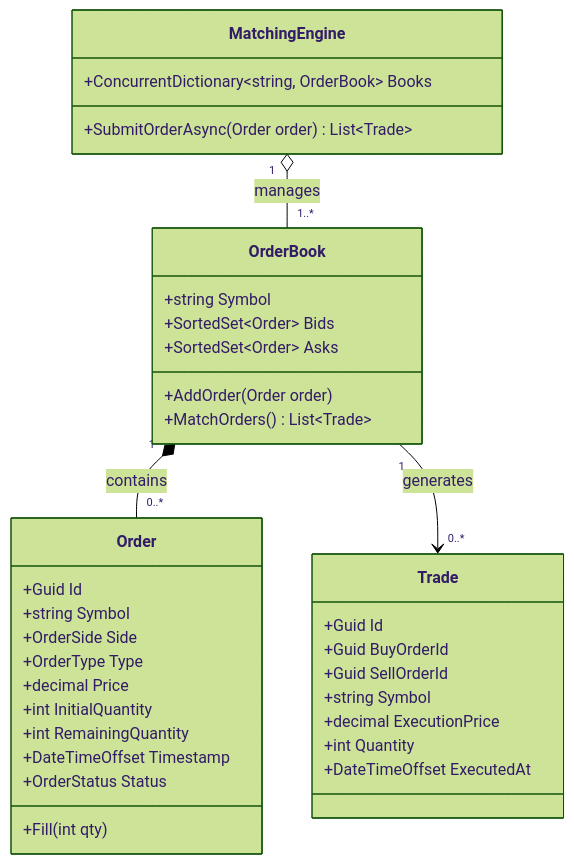
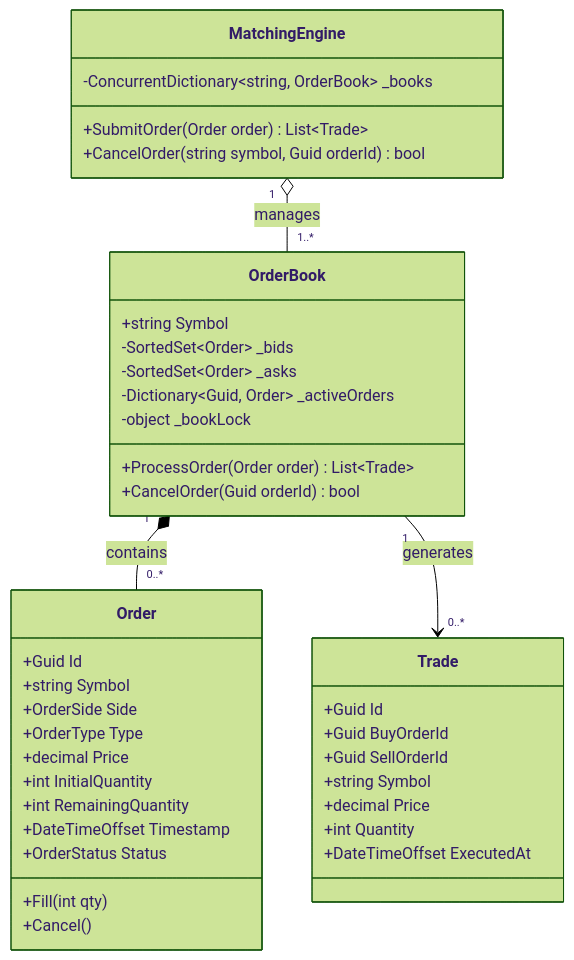
Before and after one commit to dip4k/DSA_102: the first of 2 diagrams in LLD/04_Tier4_Senior_Backend/35_Stock_Exchange_Matching_Engine.md, drawn with Mermaid (forest theme). The commit also changed other lines of this file and 50 other files, not shown here.

````diff
--- a/LLD/04_Tier4_Senior_Backend/35_Stock_Exchange_Matching_Engine.md
+++ b/LLD/04_Tier4_Senior_Backend/35_Stock_Exchange_Matching_Engine.md
@@ -19,42 +61,46 @@
 ```mermaid
 classDiagram
     class Order {
         +Guid Id
         +string Symbol
         +OrderSide Side
         +OrderType Type
         +decimal Price
         +int InitialQuantity
         +int RemainingQuantity
         +DateTimeOffset Timestamp
         +OrderStatus Status
         +Fill(int qty)
+        +Cancel()
     }
 
     class Trade {
         +Guid Id
         +Guid BuyOrderId
         +Guid SellOrderId
         +string Symbol
-        +decimal ExecutionPrice
+        +decimal Price
         +int Quantity
         +DateTimeOffset ExecutedAt
     }
 
     class OrderBook {
         +string Symbol
-        +SortedSet~Order~ Bids
-        +SortedSet~Order~ Asks
-        +AddOrder(Order order)
-        +MatchOrders() List~Trade~
+        -SortedSet~Order~ _bids
+        -SortedSet~Order~ _asks
+        -Dictionary~Guid, Order~ _activeOrders
+        -object _bookLock
+        +ProcessOrder(Order order) List~Trade~
+        +CancelOrder(Guid orderId) bool
     }
 
     class MatchingEngine {
-        +ConcurrentDictionary~string, OrderBook~ Books
-        +SubmitOrderAsync(Order order) List~Trade~
+        -ConcurrentDictionary~string, OrderBook~ _books
+        +SubmitOrder(Order order) List~Trade~
+        +CancelOrder(string symbol, Guid orderId) bool
     }
 
     OrderBook "1" *-- "0..*" Order : contains
     OrderBook "1" --> "0..*" Trade : generates
     MatchingEngine "1" o-- "1..*" OrderBook : manages
 ```
````
